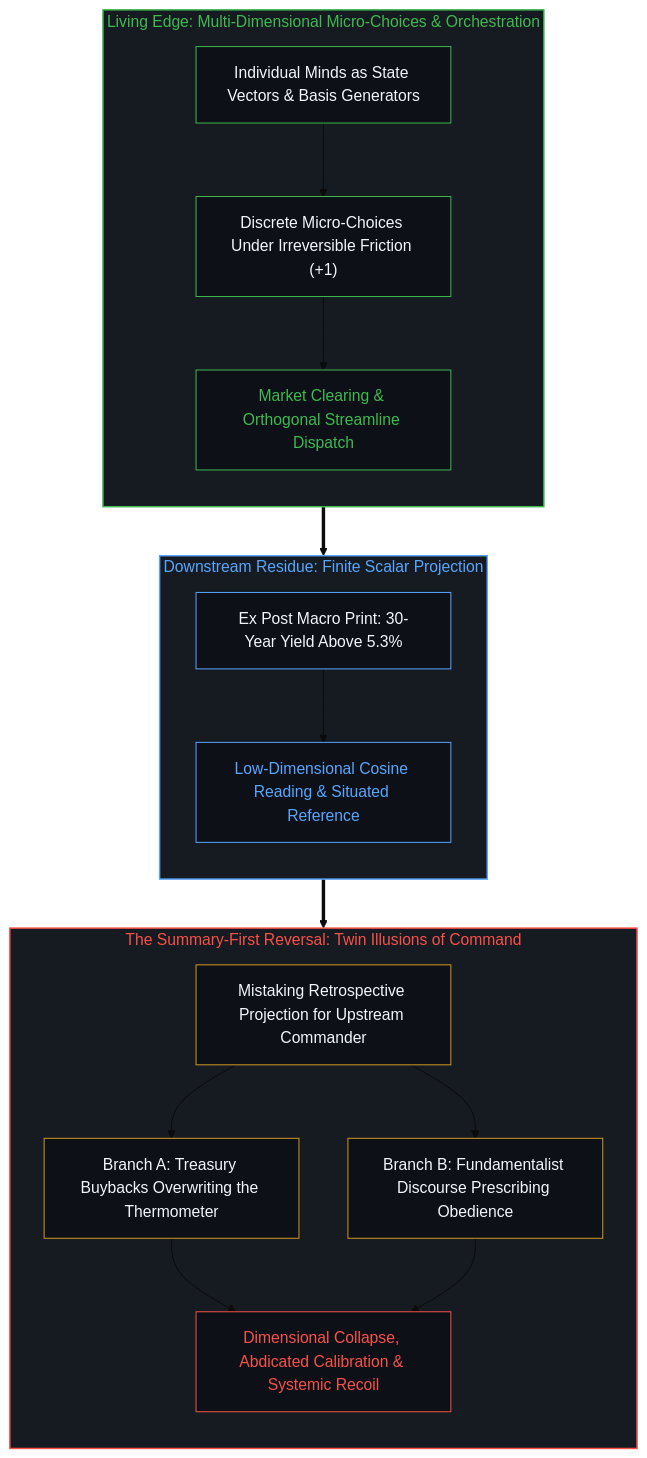
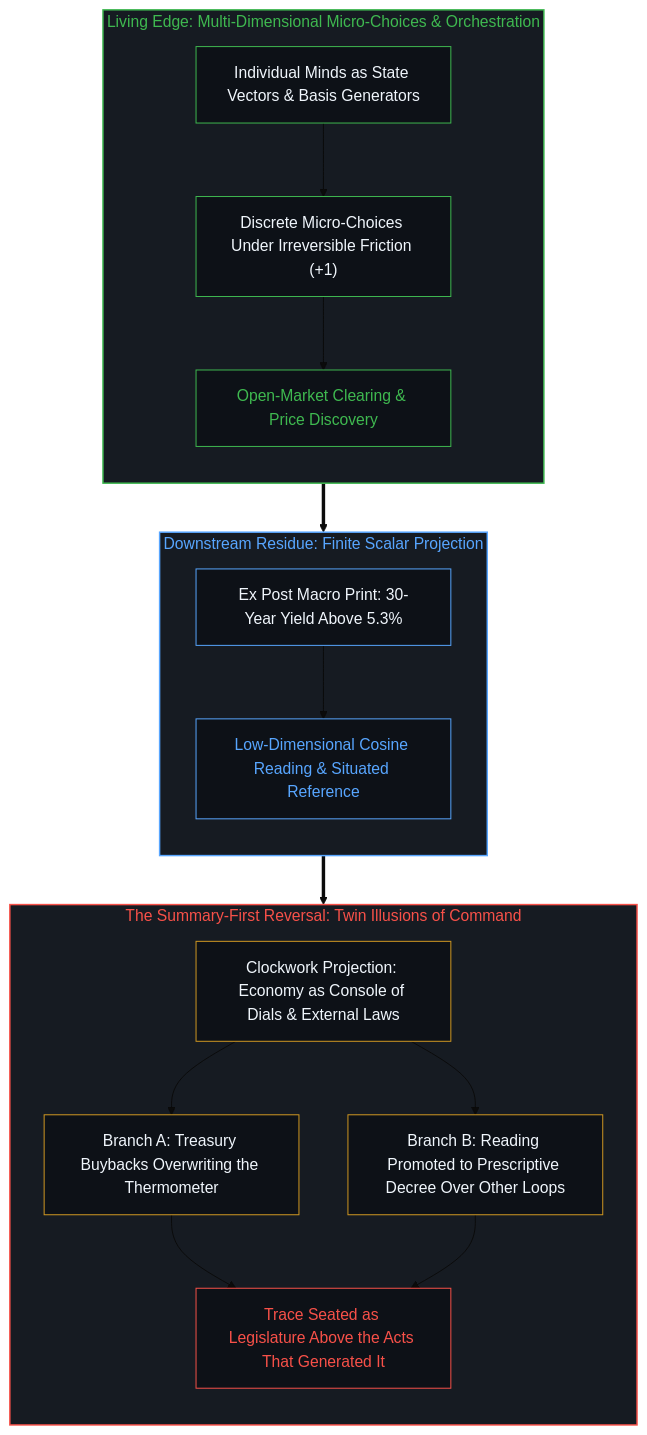
One commit to powerpig99/not-a-toe changed the second of 2 diagrams in content/posts/the-summary-first-reversal-and-the-command-of-yields.md. Above: the diagram before and after it, drawn with Mermaid (base theme). The commit also changed other lines of this file and 13 other files, not shown here.

````diff
--- a/content/posts/the-summary-first-reversal-and-the-command-of-yields.md
+++ b/content/posts/the-summary-first-reversal-and-the-command-of-yields.md
@@ -90,38 +86,34 @@
 ```mermaid
 flowchart TD
     subgraph S_Edge["Living Edge: Multi-Dimensional Micro-Choices & Orchestration"]
         direction TB
         M1["Individual Minds as State Vectors & Basis Generators"] --> M2["Discrete Micro-Choices Under Irreversible Friction (+1)"]
-        M2 --> M3["Market Clearing & Orthogonal Streamline Dispatch"]
+        M2 --> M3["Open-Market Clearing & Price Discovery"]
     end
-
     subgraph S_Trace["Downstream Residue: Finite Scalar Projection"]
         direction TB
         T1["Ex Post Macro Print: 30-Year Yield Above 5.3%"] --> T2["Low-Dimensional Cosine Reading & Situated Reference"]
     end
-
     subgraph S_Reversal["The Summary-First Reversal: Twin Illusions of Command"]
         direction TB
-        R1["Mistaking Retrospective Projection for Upstream Commander"]
+        R1["Clockwork Projection: Economy as Console of Dials & External Laws"]
         R1 --> R2["Branch A: Treasury Buybacks Overwriting the Thermometer"]
-        R1 --> R3["Branch B: Fundamentalist Discourse Prescribing Obedience"]
-        R2 --> R4["Dimensional Collapse, Abdicated Calibration & Systemic Recoil"]
+        R1 --> R3["Branch B: Reading Promoted to Prescriptive Decree Over Other Loops"]
+        R2 --> R4["Trace Seated as Legislature Above the Acts That Generated It"]
         R3 --> R4
     end
-
     M3 ==> T1
     T2 ==> R1
-
     style S_Edge fill:#161b22,stroke:#3fb950,stroke-width:1.5px,color:#3fb950
     style S_Trace fill:#161b22,stroke:#58a6ff,stroke-width:1.5px,color:#58a6ff
     style S_Reversal fill:#161b22,stroke:#f85149,stroke-width:1.5px,color:#f85149
     style M1 fill:#0d1117,stroke:#3fb950,stroke-width:1px,color:#f0f6fc
     style M2 fill:#0d1117,stroke:#3fb950,stroke-width:1px,color:#f0f6fc
     style M3 fill:#0d1117,stroke:#3fb950,stroke-width:1px,color:#3fb950
     style T1 fill:#0d1117,stroke:#58a6ff,stroke-width:1px,color:#f0f6fc
     style T2 fill:#0d1117,stroke:#58a6ff,stroke-width:1px,color:#58a6ff
     style R1 fill:#0d1117,stroke:#d29922,stroke-width:1px,color:#f0f6fc
     style R2 fill:#0d1117,stroke:#d29922,stroke-width:1px,color:#f0f6fc
     style R3 fill:#0d1117,stroke:#d29922,stroke-width:1px,color:#f0f6fc
     style R4 fill:#0d1117,stroke:#f85149,stroke-width:1px,color:#f85149
 ```
````
